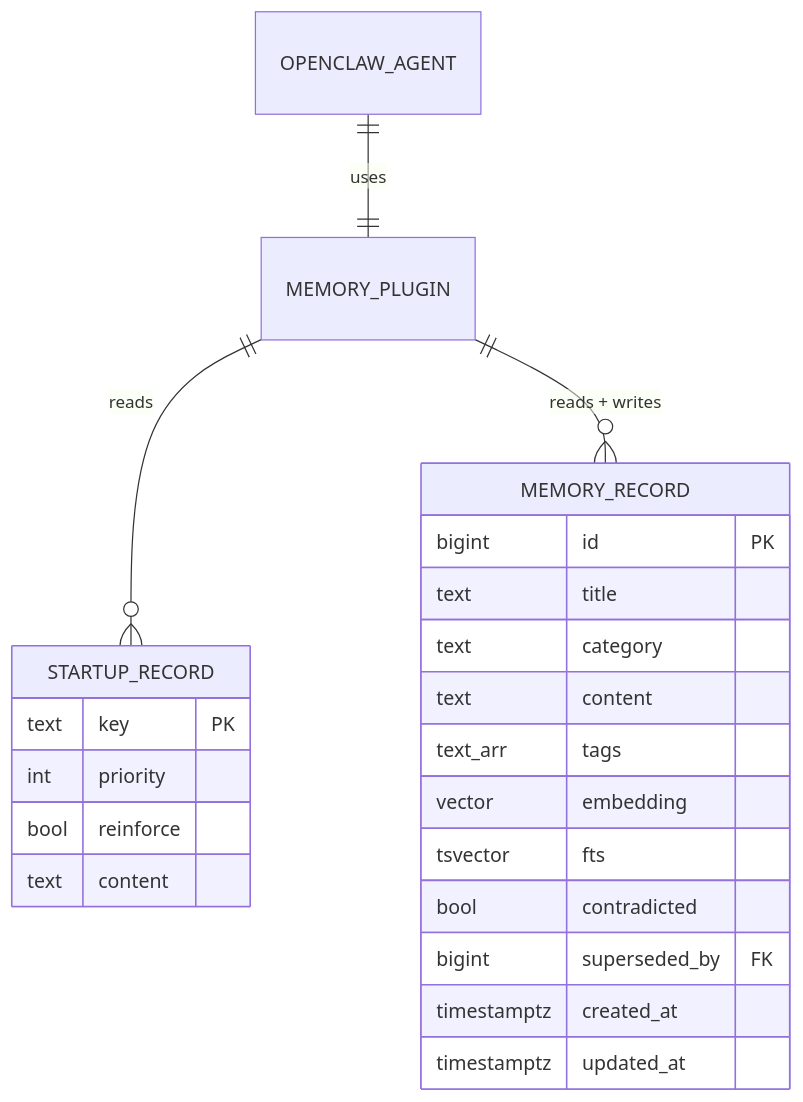
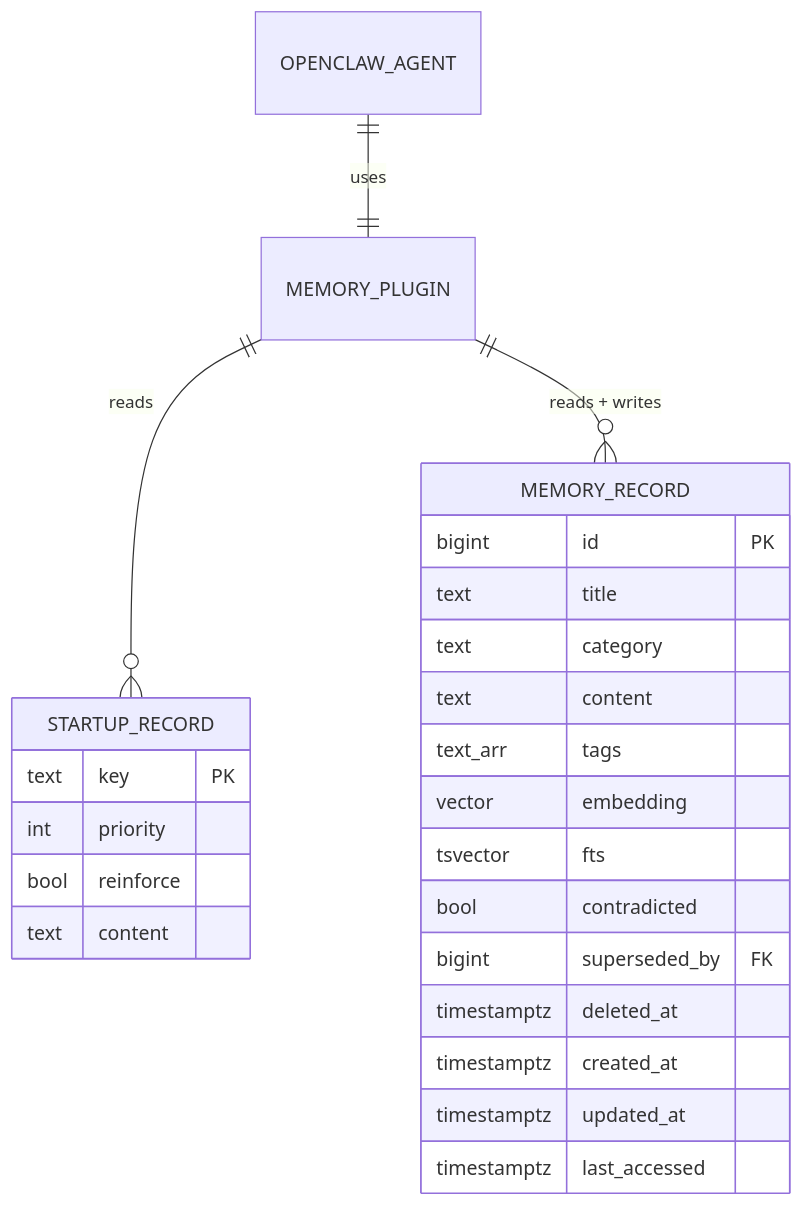
The third of 3 diagrams in README.md (jamesdwilson/Sh4d0wDB), drawn with Mermaid before and after one commit. The commit also changed other lines of this file and 6 other files, not shown here.

````diff
--- a/README.md
+++ b/README.md
@@ -138,27 +139,29 @@
 ```mermaid
 erDiagram
     OPENCLAW_AGENT ||--|| MEMORY_PLUGIN : uses
     MEMORY_PLUGIN ||--o{ STARTUP_RECORD : reads
     MEMORY_PLUGIN ||--o{ MEMORY_RECORD : "reads + writes"
 
     STARTUP_RECORD {
       text key PK
       int priority
       bool reinforce
       text content
     }
 
     MEMORY_RECORD {
       bigint id PK
       text title
       text category
       text content
       text_arr tags
       vector embedding
       tsvector fts
       bool contradicted
       bigint superseded_by FK
+      timestamptz deleted_at
       timestamptz created_at
       timestamptz updated_at
+      timestamptz last_accessed
     }
 ```
````
